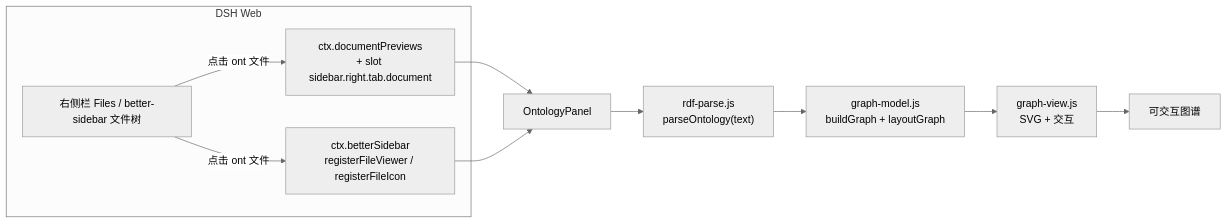
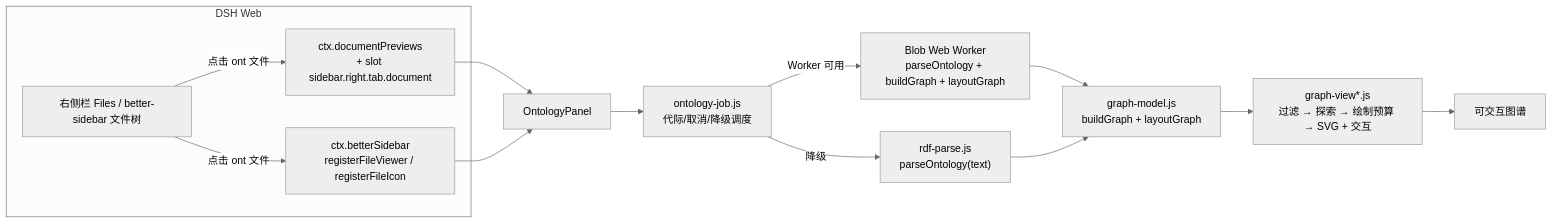
One commit to a158070653-hash/dsh-ontology-viewer changed the diagram in README.md. Above: the diagram before and after it, drawn with Mermaid (neutral theme). The commit also changed other lines of this file and 44 other files, not shown here.

Commit message:
feat: enhance ontology graph exploration and reliability

````diff
--- a/README.md
+++ b/README.md
@@ -140,16 +143,19 @@
 ```mermaid
 flowchart LR
   subgraph DSH[DSH Web]
     FILES[右侧栏 Files / better-sidebar 文件树]
     DP["ctx.documentPreviews<br/>+ slot sidebar.right.tab.document"]
     BS["ctx.betterSidebar<br/>registerFileViewer / registerFileIcon"]
     FILES -->|点击 ont 文件| DP
     FILES -->|点击 ont 文件| BS
   end
   DP --> BODY[OntologyPanel]
   BS --> BODY
-  BODY --> PARSE["rdf-parse.js<br/>parseOntology(text)"]
-  PARSE --> MODEL["graph-model.js<br/>buildGraph + layoutGraph"]
-  MODEL --> VIEW["graph-view.js<br/>SVG + 交互"]
+  BODY --> JOB["ontology-job.js<br/>代际/取消/降级调度"]
+  JOB -->|Worker 可用| WORKER["Blob Web Worker<br/>parseOntology + buildGraph + layoutGraph"]
+  JOB -->|降级| PARSE["rdf-parse.js<br/>parseOntology(text)"]
+  WORKER --> MODEL["graph-model.js<br/>buildGraph + layoutGraph"]
+  PARSE --> MODEL
+  MODEL --> VIEW["graph-view*.js<br/>过滤 → 探索 → 绘制预算 → SVG + 交互"]
   VIEW --> USER[可交互图谱]
 ```
````
